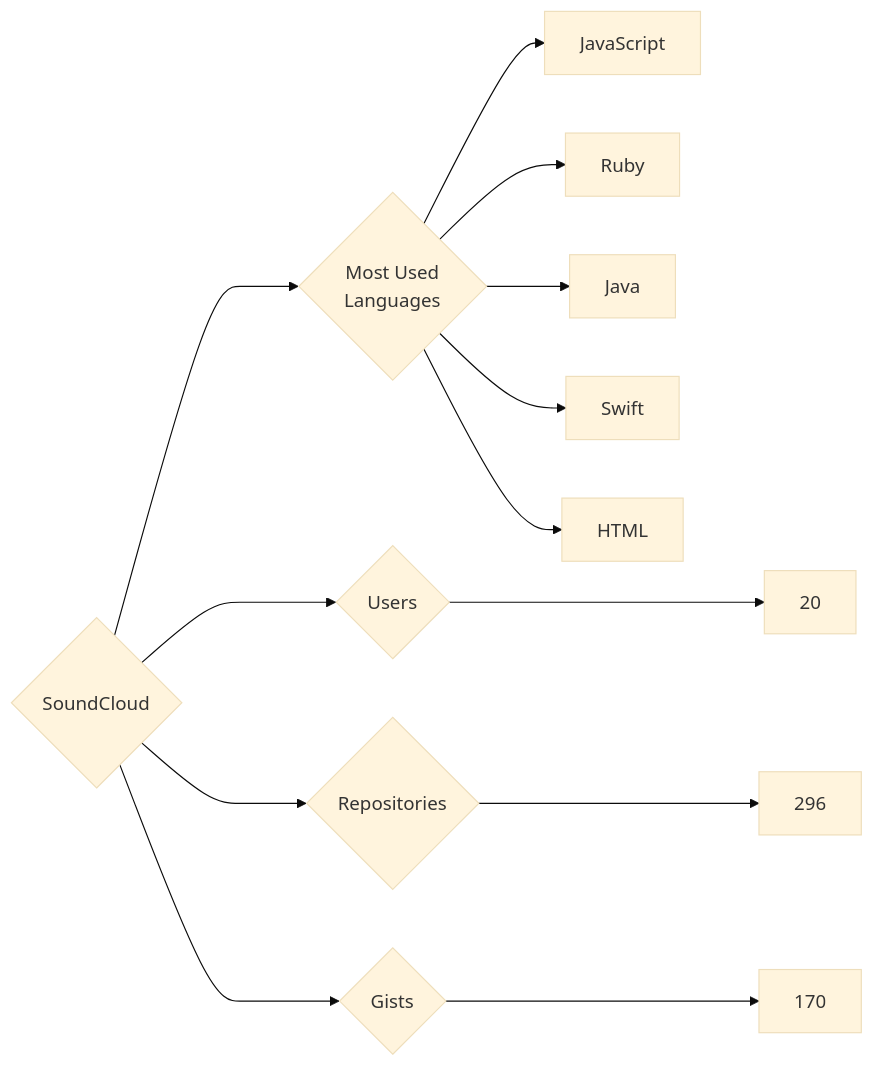
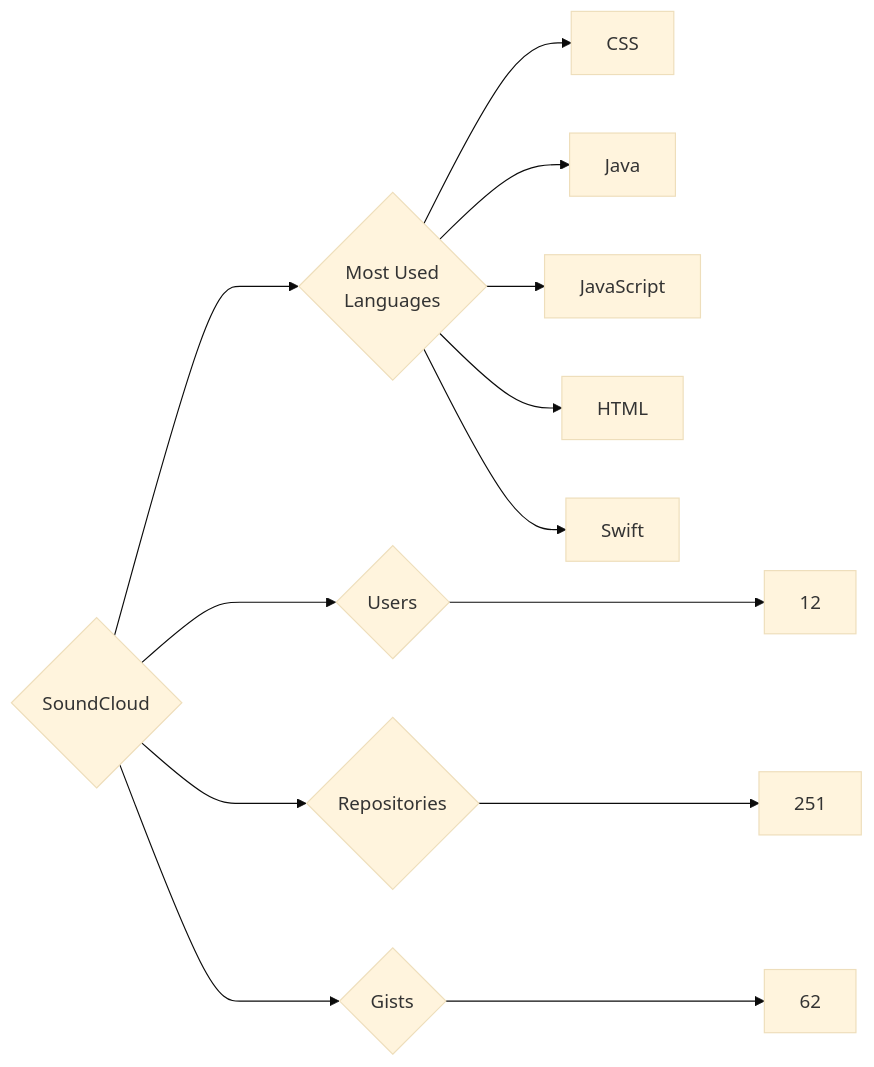
Before and after one commit to trickest/insiders: the diagram in targets/SoundCloud/README.md, drawn with Mermaid (base theme). The commit also changed 794 other files, not shown here.

````diff
--- a/targets/SoundCloud/README.md
+++ b/targets/SoundCloud/README.md
@@ -3,13 +3,13 @@
 ```mermaid
 graph LR
 COMPANY_NAME{SoundCloud}
-COMPANY_NAME ---> U{Users} ---> UN[20]
-COMPANY_NAME ---> R{Repositories} ---> RN[296]
-COMPANY_NAME ---> G{Gists} ---> GN[170]
+COMPANY_NAME ---> U{Users} ---> UN[12]
+COMPANY_NAME ---> R{Repositories} ---> RN[251]
+COMPANY_NAME ---> G{Gists} ---> GN[62]
 COMPANY_NAME ---> ML{Most Used<br>Languages}
+ML --> CSS[CSS]
+ML --> Java[Java]
 ML --> JavaScript[JavaScript]
-ML --> Ruby[Ruby]
-ML --> Java[Java]
+ML --> HTML[HTML]
 ML --> Swift[Swift]
-ML --> HTML[HTML]
 ```
````
